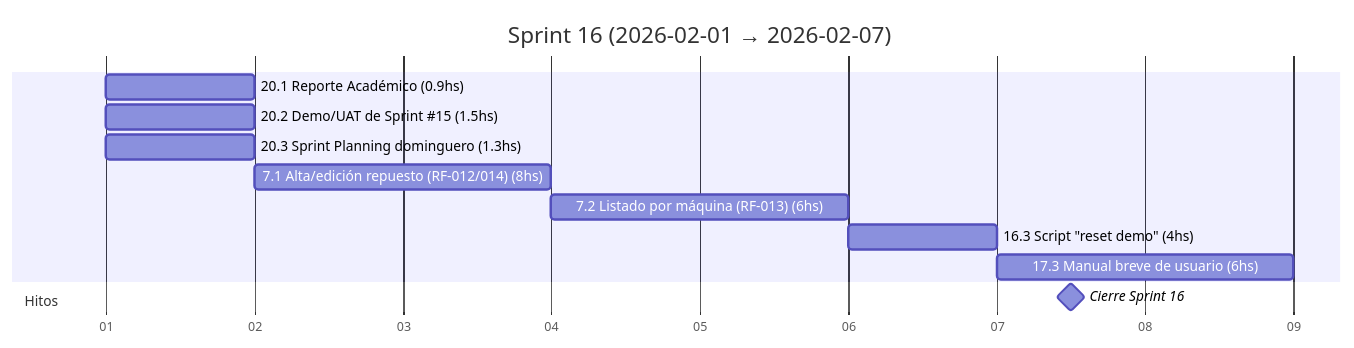
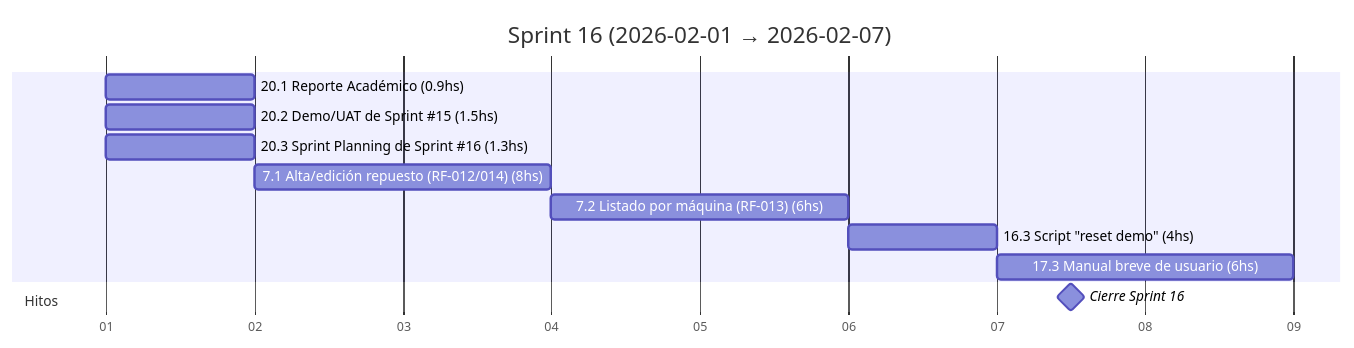
Diagram 17 of 19 in docs/SprintsGantts.md (MarkMed/FleetMan), drawn with Mermaid before and after one commit. The commit also changed other lines of this file and 2 other files, not shown here.

Commit message:
feat: Update Sprint Planning references to include specific sprint numbers

````diff
--- a/docs/SprintsGantts.md
+++ b/docs/SprintsGantts.md
@@ -484,19 +484,19 @@
 ```mermaid
 gantt
   title Sprint 16 (2026-02-01 → 2026-02-07)
   dateFormat  YYYY-MM-DD
   axisFormat  %d
 
   %% Asumimos 5 h/día. Horas estimadas incluidas en el nombre.
 
   20.1 Reporte Académico (0.9hs)               :t201, 2026-02-01, 1d
   20.2 Demo/UAT de Sprint #15 (1.5hs)          :t202, 2026-02-01, 1d
-  20.3 Sprint Planning dominguero (1.3hs)      :t203, 2026-02-01, 1d
+  20.3 Sprint Planning de Sprint #16 (1.3hs)      :t203, 2026-02-01, 1d
   7.1 Alta/edición repuesto (RF-012/014) (8hs) :t71, after t203, 2d
   7.2 Listado por máquina (RF-013) (6hs)       :t72, after t71, 2d
   16.3 Script "reset demo" (4hs)               :t163, after t72, 1d
   17.3 Manual breve de usuario (6hs)           :t173, after t163, 2d
 
   section Hitos
   Cierre Sprint 16                             :milestone, s16, 2026-02-07, 1d
 ```
````
